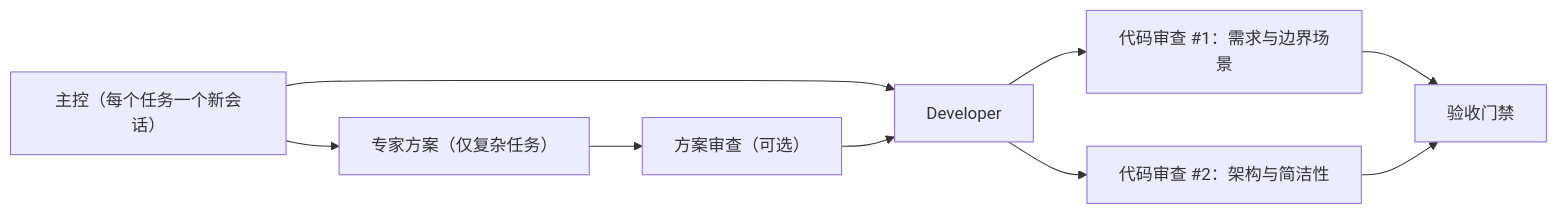
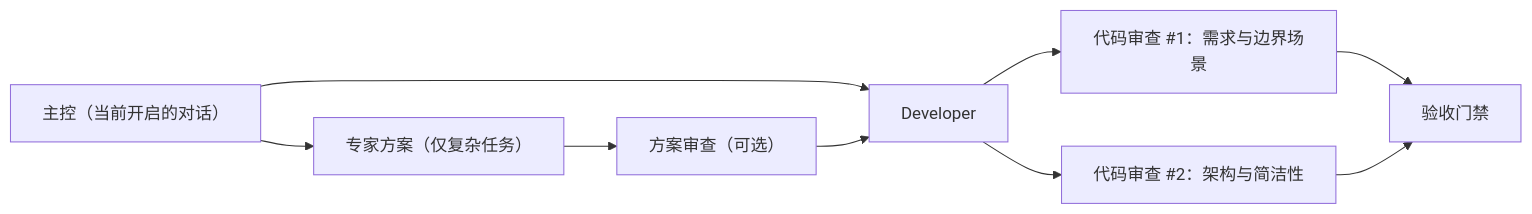
The diagram in README.zh-CN.md (OliverWalker1122/paseo-team), drawn with Mermaid before and after one commit. The commit also changed other lines of this file and 16 other files, not shown here.

Commit message:
fix(team): reuse open chat as coordinator, dedupe workspace graph tab, and add UI/E2E regression tests

````diff
--- a/README.zh-CN.md
+++ b/README.zh-CN.md
@@ -90,11 +90,11 @@
 ```mermaid
 flowchart LR
-  C["主控（每个任务一个新会话）"] --> E["专家方案（仅复杂任务）"]
+  C["主控（当前开启的对话）"] --> E["专家方案（仅复杂任务）"]
   E --> P["方案审查（可选）"]
   C --> D["Developer"]
   P --> D
   D --> R1["代码审查 #1：需求与边界场景"]
   D --> R2["代码审查 #2：架构与简洁性"]
   R1 --> G["验收门禁"]
   R2 --> G
 ```
````
